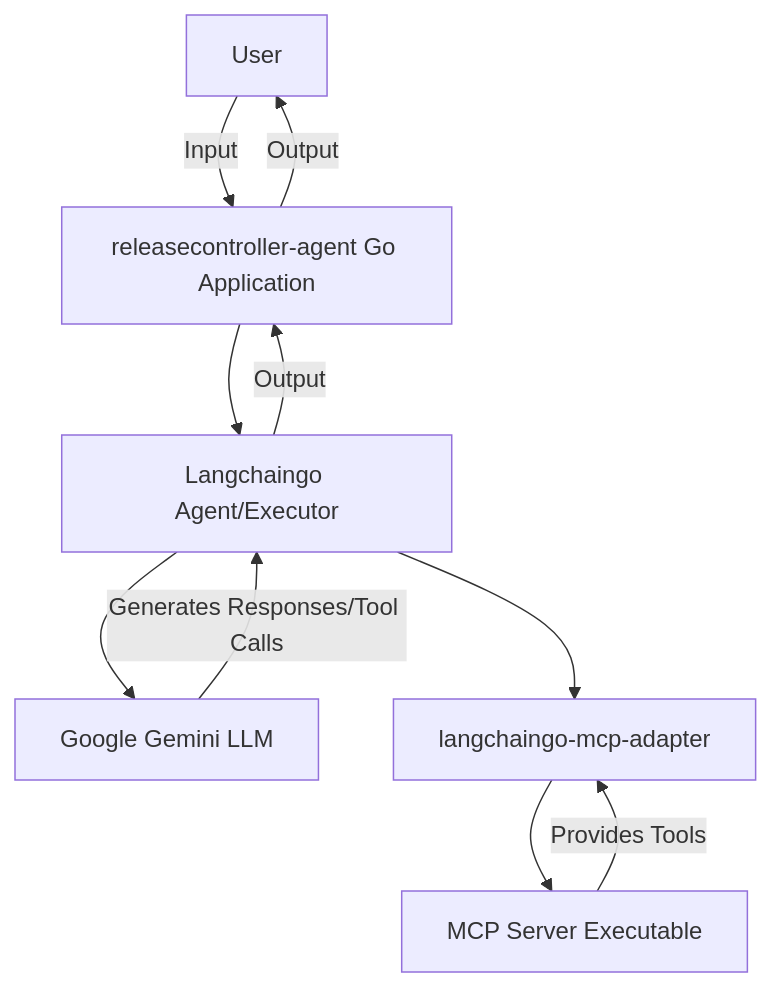
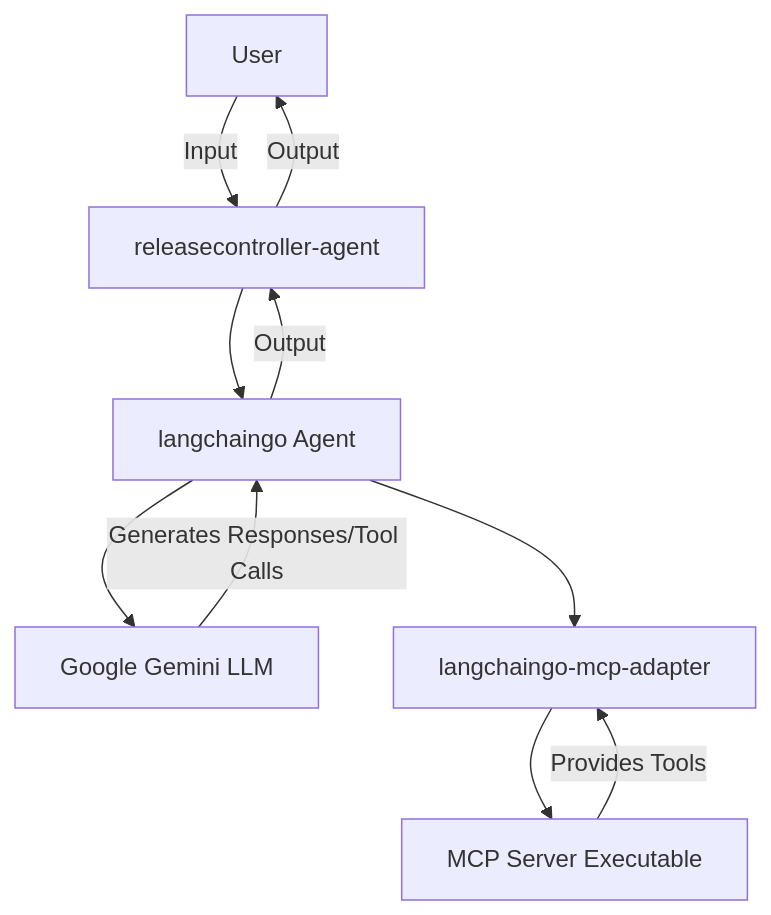
Before and after one commit to Prashanth684/releasecontroller-agent: the diagram in README.md, drawn with Mermaid.

````diff
--- a/README.md
+++ b/README.md
@@ -6,12 +6,12 @@
 ```mermaid
 graph TD
-    User -- Input --> Go_App[releasecontroller-agent Go Application]
-    Go_App --> Langchaingo[Langchaingo Agent/Executor]
+    User -- Input --> Go_App[releasecontroller-agent]
+    Go_App --> Langchaingo[langchaingo Agent]
     Langchaingo --> Gemini_LLM[Google Gemini LLM]
     Langchaingo --> Langchaingo_MCP_Adapter[langchaingo-mcp-adapter]
     Langchaingo_MCP_Adapter --> MCP_Server[MCP Server Executable]
     MCP_Server -- Provides Tools --> Langchaingo_MCP_Adapter
     Gemini_LLM -- Generates Responses/Tool Calls --> Langchaingo
     Langchaingo -- Output --> Go_App
     Go_App -- Output --> User
 ```
````
